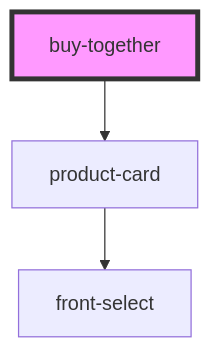
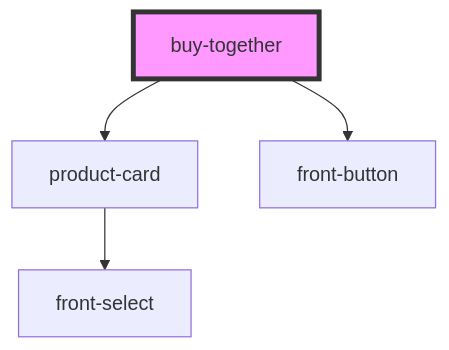
One commit to commerce-suite/storefront-components changed the diagram in src/components/buy-together/readme.md. Above: the diagram before and after it, drawn with Mermaid. The commit also changed other lines of this file and 5 other files, not shown here.

Commit message:
feat(buy-together): implementacao da pagina buy-together com mock

````diff
--- a/src/components/buy-together/readme.md
+++ b/src/components/buy-together/readme.md
@@ -15,6 +16,7 @@
 ```mermaid
 graph TD;
   buy-together --> product-card
+  buy-together --> front-button
   product-card --> front-select
   style buy-together fill:#f9f,stroke:#333,stroke-width:4px
 ```
````
